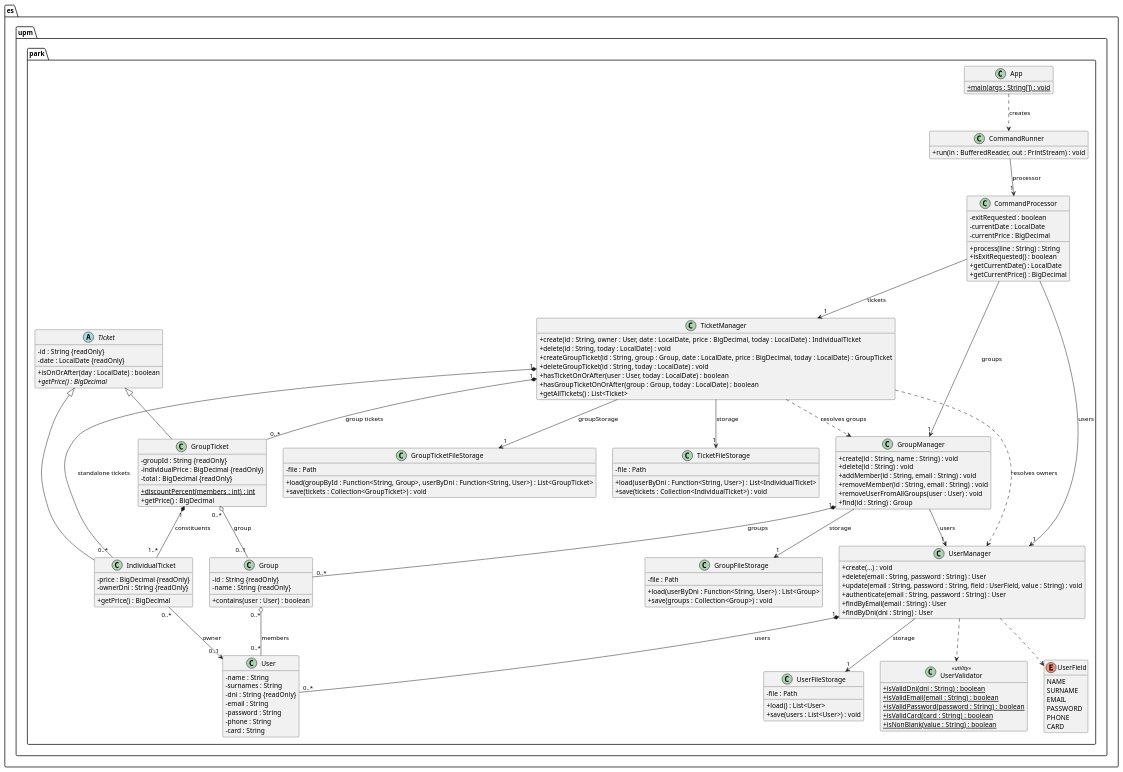
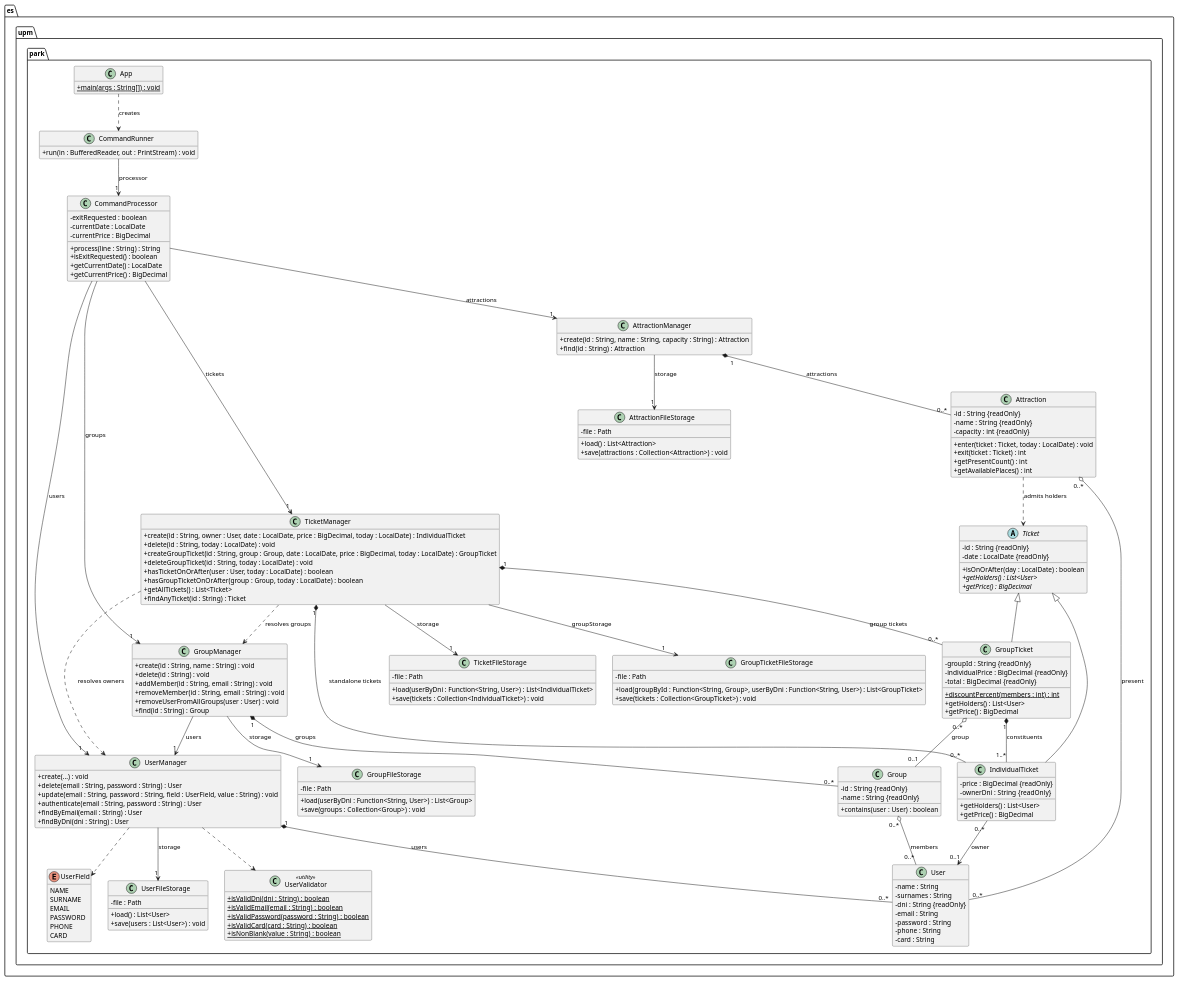
One commit to skai-upm/caise27 changed the diagram in docs/uml/model.puml. Above: the diagram before and after it, drawn with PlantUML. The commit also changed 27 other files, not shown here.

```diff
--- a/docs/uml/model.puml
+++ b/docs/uml/model.puml
@@ -1,157 +1,187 @@
 @startuml model
 ' Class model of the amusement-park application (package es.upm.park)
 skinparam classAttributeIconSize 0
 hide empty members
 
 package es.upm.park {
 
   class App {
     {static} +main(args : String[]) : void
   }
 
   class CommandRunner {
     +run(in : BufferedReader, out : PrintStream) : void
   }
 
   class CommandProcessor {
     -exitRequested : boolean
     -currentDate : LocalDate
     -currentPrice : BigDecimal
     +process(line : String) : String
     +isExitRequested() : boolean
     +getCurrentDate() : LocalDate
     +getCurrentPrice() : BigDecimal
   }
 
   class UserManager {
     +create(...) : void
     +delete(email : String, password : String) : User
     +update(email : String, password : String, field : UserField, value : String) : void
     +authenticate(email : String, password : String) : User
     +findByEmail(email : String) : User
     +findByDni(dni : String) : User
   }
 
   class UserFileStorage {
     -file : Path
     +load() : List<User>
     +save(users : List<User>) : void
   }
 
   class UserValidator <<utility>> {
     {static} +isValidDni(dni : String) : boolean
     {static} +isValidEmail(email : String) : boolean
     {static} +isValidPassword(password : String) : boolean
     {static} +isValidCard(card : String) : boolean
     {static} +isNonBlank(value : String) : boolean
   }
 
   class User {
     -name : String
     -surnames : String
     -dni : String {readOnly}
     -email : String
     -password : String
     -phone : String
     -card : String
   }
 
   enum UserField {
     NAME
     SURNAME
     EMAIL
     PASSWORD
     PHONE
     CARD
   }
 
   class GroupManager {
     +create(id : String, name : String) : void
     +delete(id : String) : void
     +addMember(id : String, email : String) : void
     +removeMember(id : String, email : String) : void
     +removeUserFromAllGroups(user : User) : void
     +find(id : String) : Group
   }
 
   class GroupFileStorage {
     -file : Path
     +load(userByDni : Function<String, User>) : List<Group>
     +save(groups : Collection<Group>) : void
   }
 
   class Group {
     -id : String {readOnly}
     -name : String {readOnly}
     +contains(user : User) : boolean
   }
 
   class TicketManager {
     +create(id : String, owner : User, date : LocalDate, price : BigDecimal, today : LocalDate) : IndividualTicket
     +delete(id : String, today : LocalDate) : void
     +createGroupTicket(id : String, group : Group, date : LocalDate, price : BigDecimal, today : LocalDate) : GroupTicket
     +deleteGroupTicket(id : String, today : LocalDate) : void
     +hasTicketOnOrAfter(user : User, today : LocalDate) : boolean
     +hasGroupTicketOnOrAfter(group : Group, today : LocalDate) : boolean
     +getAllTickets() : List<Ticket>
+    +findAnyTicket(id : String) : Ticket
   }
 
   class TicketFileStorage {
     -file : Path
     +load(userByDni : Function<String, User>) : List<IndividualTicket>
     +save(tickets : Collection<IndividualTicket>) : void
   }
 
   class GroupTicketFileStorage {
     -file : Path
     +load(groupById : Function<String, Group>, userByDni : Function<String, User>) : List<GroupTicket>
     +save(tickets : Collection<GroupTicket>) : void
   }
 
   abstract class Ticket {
     -id : String {readOnly}
     -date : LocalDate {readOnly}
     +isOnOrAfter(day : LocalDate) : boolean
+    {abstract} +getHolders() : List<User>
     {abstract} +getPrice() : BigDecimal
   }
 
   class IndividualTicket {
     -price : BigDecimal {readOnly}
     -ownerDni : String {readOnly}
+    +getHolders() : List<User>
     +getPrice() : BigDecimal
   }
 
   class GroupTicket {
     -groupId : String {readOnly}
     -individualPrice : BigDecimal {readOnly}
     -total : BigDecimal {readOnly}
     {static} +discountPercent(members : int) : int
+    +getHolders() : List<User>
     +getPrice() : BigDecimal
+  }
+
+  class AttractionManager {
+    +create(id : String, name : String, capacity : String) : Attraction
+    +find(id : String) : Attraction
+  }
+
+  class AttractionFileStorage {
+    -file : Path
+    +load() : List<Attraction>
+    +save(attractions : Collection<Attraction>) : void
+  }
+
+  class Attraction {
+    -id : String {readOnly}
+    -name : String {readOnly}
+    -capacity : int {readOnly}
+    +enter(ticket : Ticket, today : LocalDate) : void
+    +exit(ticket : Ticket) : int
+    +getPresentCount() : int
+    +getAvailablePlaces() : int
   }
 }
 
 App ..> CommandRunner : creates
 CommandRunner --> "1" CommandProcessor : processor
 CommandProcessor --> "1" UserManager : users
 CommandProcessor --> "1" GroupManager : groups
 UserManager --> "1" UserFileStorage : storage
 UserManager "1" *-- "0..*" User : users
 UserManager ..> UserValidator
 UserManager ..> UserField
 GroupManager --> "1" GroupFileStorage : storage
 GroupManager --> "1" UserManager : users
 GroupManager "1" *-- "0..*" Group : groups
 Group "0..*" o-- "0..*" User : members
 CommandProcessor --> "1" TicketManager : tickets
 TicketManager --> "1" TicketFileStorage : storage
 TicketManager "1" *-- "0..*" IndividualTicket : standalone tickets
 TicketManager "1" *-- "0..*" GroupTicket : group tickets
 TicketManager --> "1" GroupTicketFileStorage : groupStorage
 TicketManager ..> UserManager : resolves owners
 TicketManager ..> GroupManager : resolves groups
 Ticket <|-- IndividualTicket
 Ticket <|-- GroupTicket
 IndividualTicket "0..*" --> "0..1" User : owner
 GroupTicket "0..*" o-- "0..1" Group : group
 GroupTicket "1" *-- "1..*" IndividualTicket : constituents
+CommandProcessor --> "1" AttractionManager : attractions
+AttractionManager --> "1" AttractionFileStorage : storage
+AttractionManager "1" *-- "0..*" Attraction : attractions
+Attraction "0..*" o-- "0..*" User : present
+Attraction ..> Ticket : admits holders
 @enduml
```
